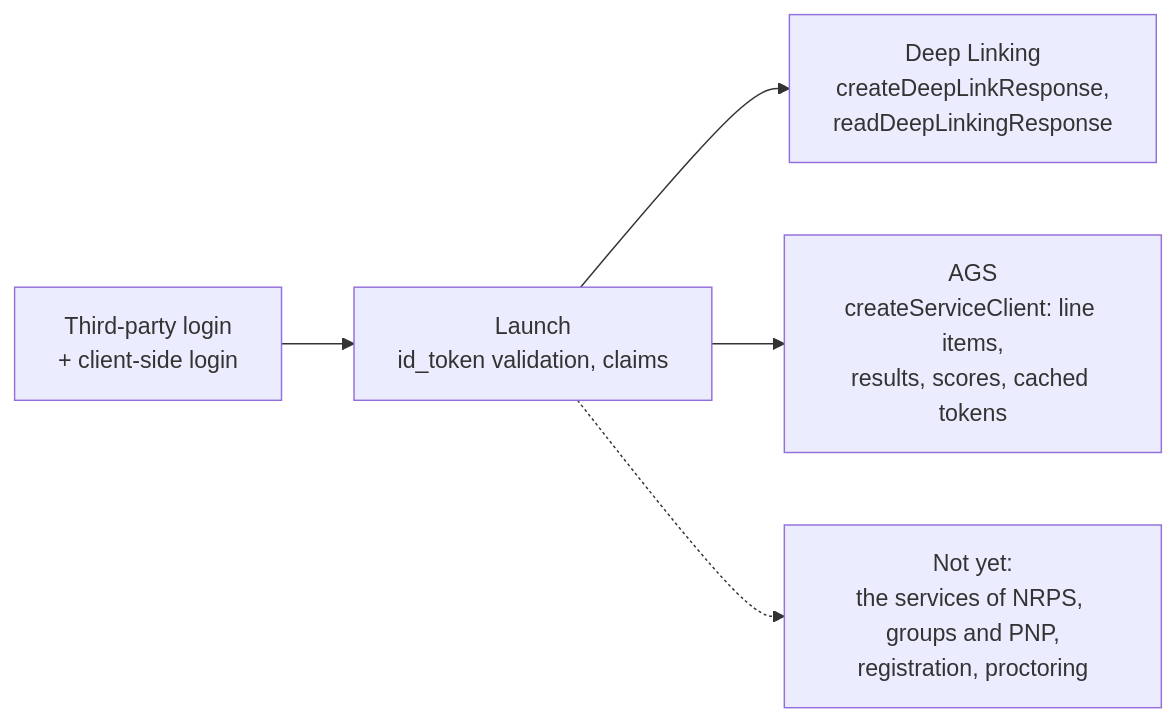
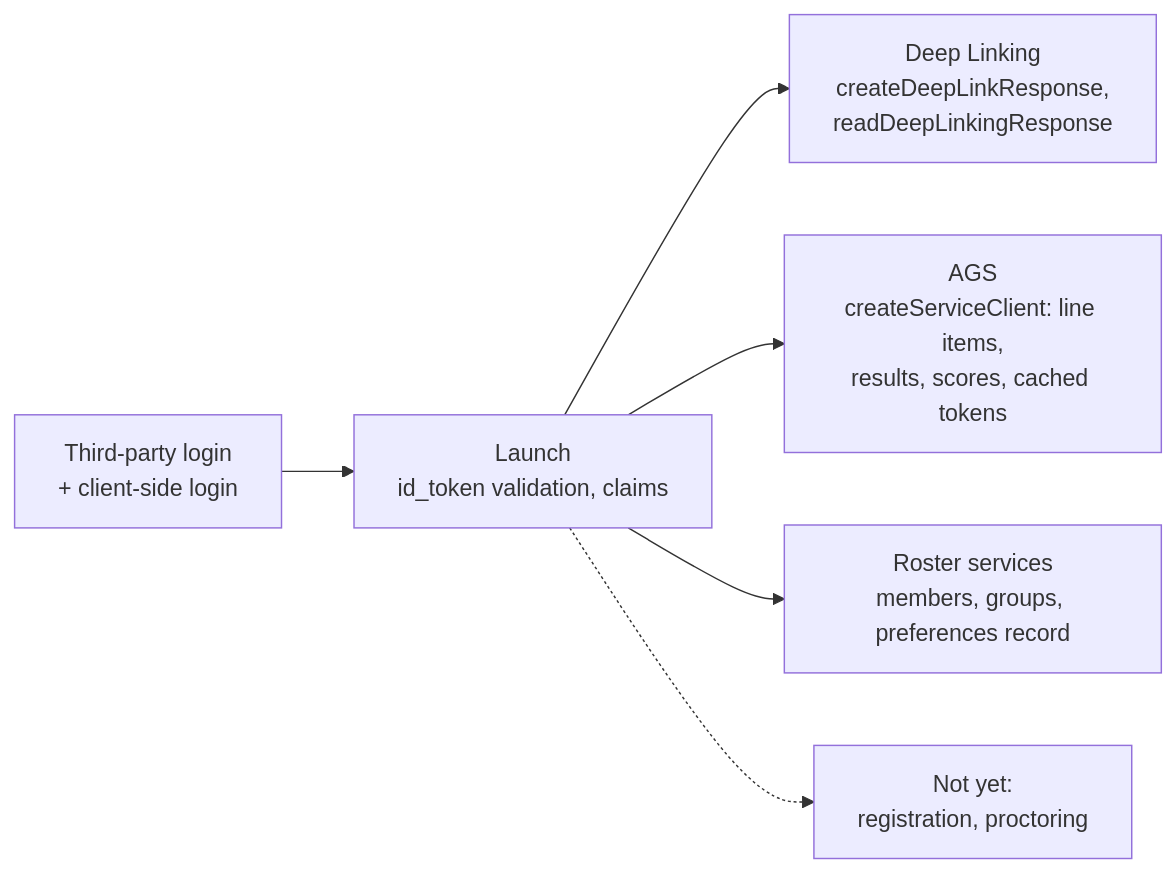
One commit to interopkit/interopkit changed the first of 2 diagrams in docs/tool-integration/supported.md. Above: the diagram before and after it, drawn with Mermaid. The commit also changed other lines of this file and 46 other files, not shown here.

````diff
--- a/docs/tool-integration/supported.md
+++ b/docs/tool-integration/supported.md
@@ -7,7 +6,8 @@
 ```mermaid
 flowchart LR
   login["Third-party login<br/>+ client-side login"] --> launch["Launch<br/>id_token validation, claims"]
   launch --> dl["Deep Linking<br/>createDeepLinkResponse,<br/>readDeepLinkingResponse"]
   launch --> ags["AGS<br/>createServiceClient: line items,<br/>results, scores, cached tokens"]
-  launch -.-> missing["Not yet:<br/>the services of NRPS, groups and PNP,<br/>registration, proctoring"]
+  launch --> roster["Roster services<br/>members, groups, preferences record"]
+  launch -.-> missing["Not yet:<br/>registration, proctoring"]
 ```
````
